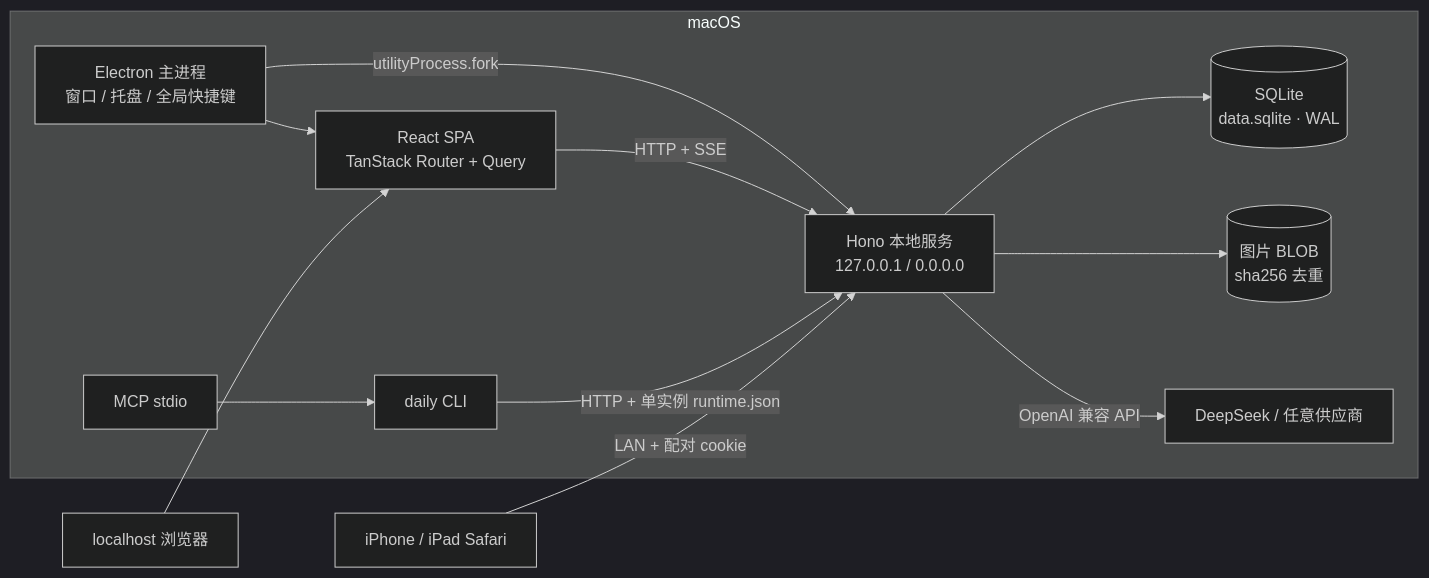
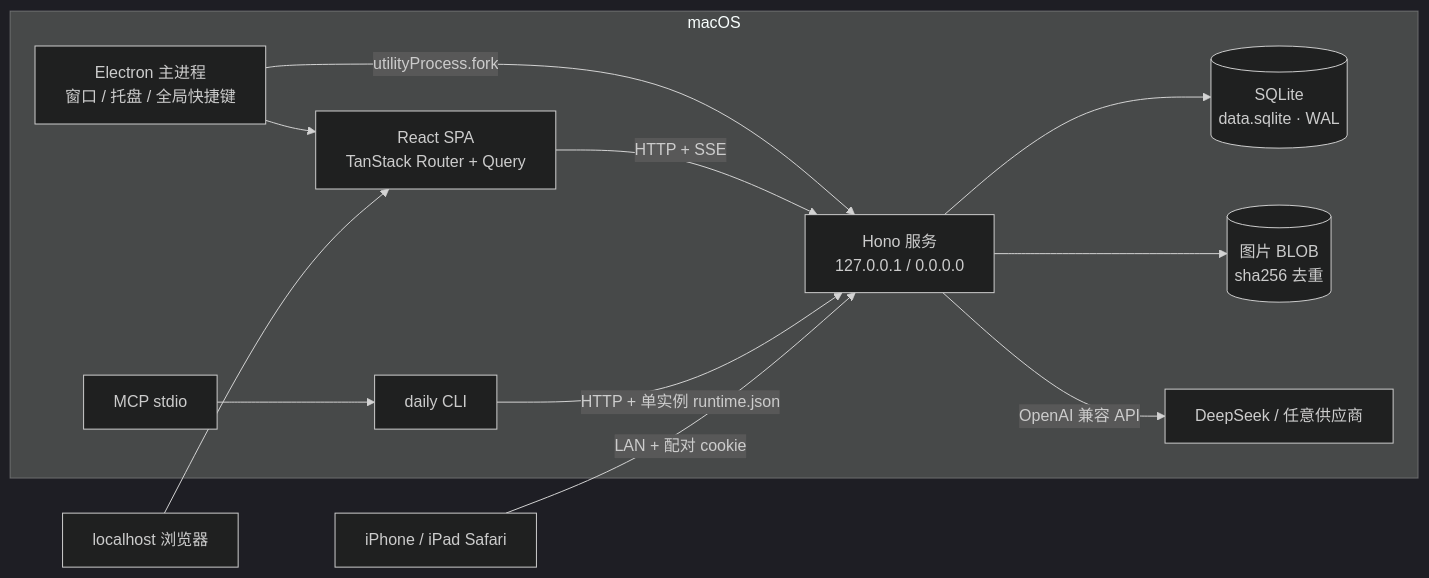
One commit to inezhi/dailywork changed the diagram in docs/01-architecture/overview.md. Above: the diagram before and after it, drawn with Mermaid (dark theme). The commit also changed other lines of this file and 28 other files, not shown here.

````diff
--- a/docs/01-architecture/overview.md
+++ b/docs/01-architecture/overview.md
@@ -7,15 +7,15 @@
 ```mermaid
 flowchart LR
   subgraph Mac["macOS"]
     E["Electron 主进程<br/>窗口 / 托盘 / 全局快捷键"] --> W["React SPA<br/>TanStack Router + Query"]
-    E -->|"utilityProcess.fork"| S["Hono 本地服务<br/>127.0.0.1 / 0.0.0.0"]
+    E -->|"utilityProcess.fork"| S["Hono 服务<br/>127.0.0.1 / 0.0.0.0"]
     W -->|"HTTP + SSE"| S
     S --> DB[("SQLite<br/>data.sqlite · WAL")]
     S --> B[("图片 BLOB<br/>sha256 去重")]
     CLI["daily CLI"] -->|"HTTP + 单实例 runtime.json"| S
     MCP["MCP stdio"] --> CLI
     S -->|"OpenAI 兼容 API"| LLM["DeepSeek / 任意供应商"]
   end
   PHONE["iPhone / iPad Safari"] -->|"LAN + 配对 cookie"| S
   BROWSER["localhost 浏览器"] --> W
 ```
````
